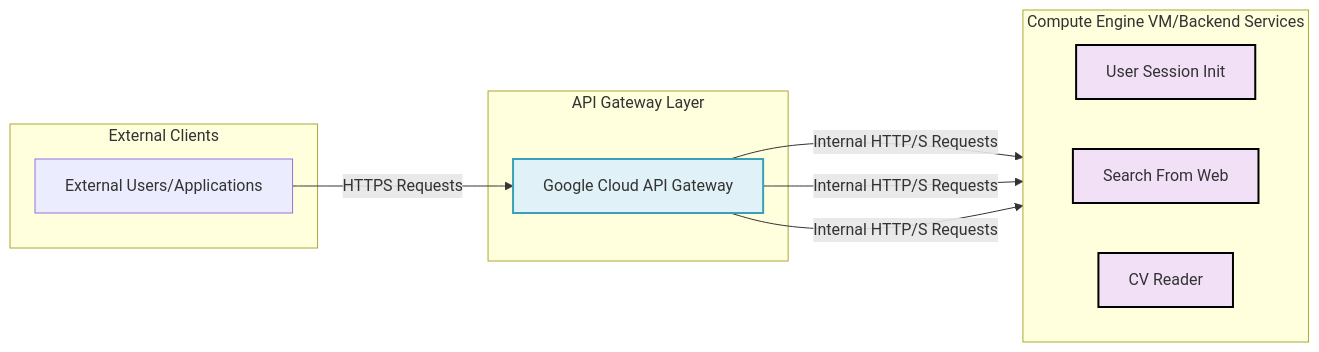
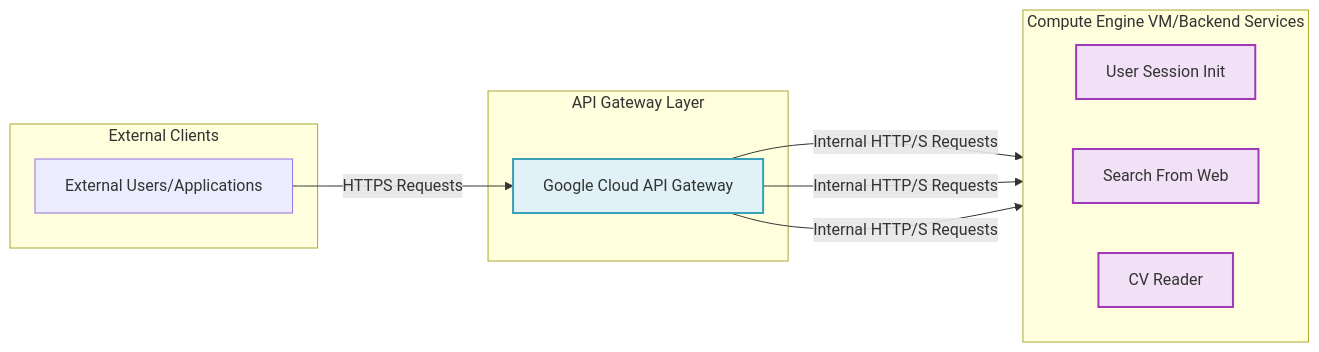
Before and after one commit to KarreraAI/knowledge-base: the diagram in docs/gateway.md, drawn with Mermaid.

Commit message:
small changes in API Gateway documentation

````diff
--- a/docs/gateway.md
+++ b/docs/gateway.md
@@ -33,29 +33,29 @@
 ```mermaid
 graph LR
     subgraph External Clients
         A[External Users/Applications]
     end
 
     subgraph API Gateway Layer
         B[Google Cloud API Gateway]
     end
 
     subgraph Compute Engine VM/Backend Services
         direction LR
         C1[User Session Init]
         C2[Search From Web ]
         C3[CV Reader]
     end
 
     A -- HTTPS Requests --> B
 
     B -- Internal HTTP/S Requests --> C1
     B -- Internal HTTP/S Requests --> C2
     B -- Internal HTTP/S Requests --> C3
 
-    style B fill:#e0f2f7,stroke:#39a0b9,stroke-width:2px
-    style C1 fill:#f2e0f7,stroke:#000000,stroke-width:2px
-    style C2 fill:#f2e0f7,stroke:#000000,stroke-width:2px
-    style C3 fill:#f2e0f7,stroke:#000000,stroke-width:2px
+    style B fill:#e0f2f7,stroke:#39a0b9,stroke-width:2px,font-color:#000000
+    style C1 fill:#f2e0f7,stroke:#a039b9,stroke-width:2px,font-color:#000000
+    style C2 fill:#f2e0f7,stroke:#a039b9,stroke-width:2px,font-color:#000000
+    style C3 fill:#f2e0f7,stroke:#a039b9,stroke-width:2px,font-color:#000000
 
 ```
````
